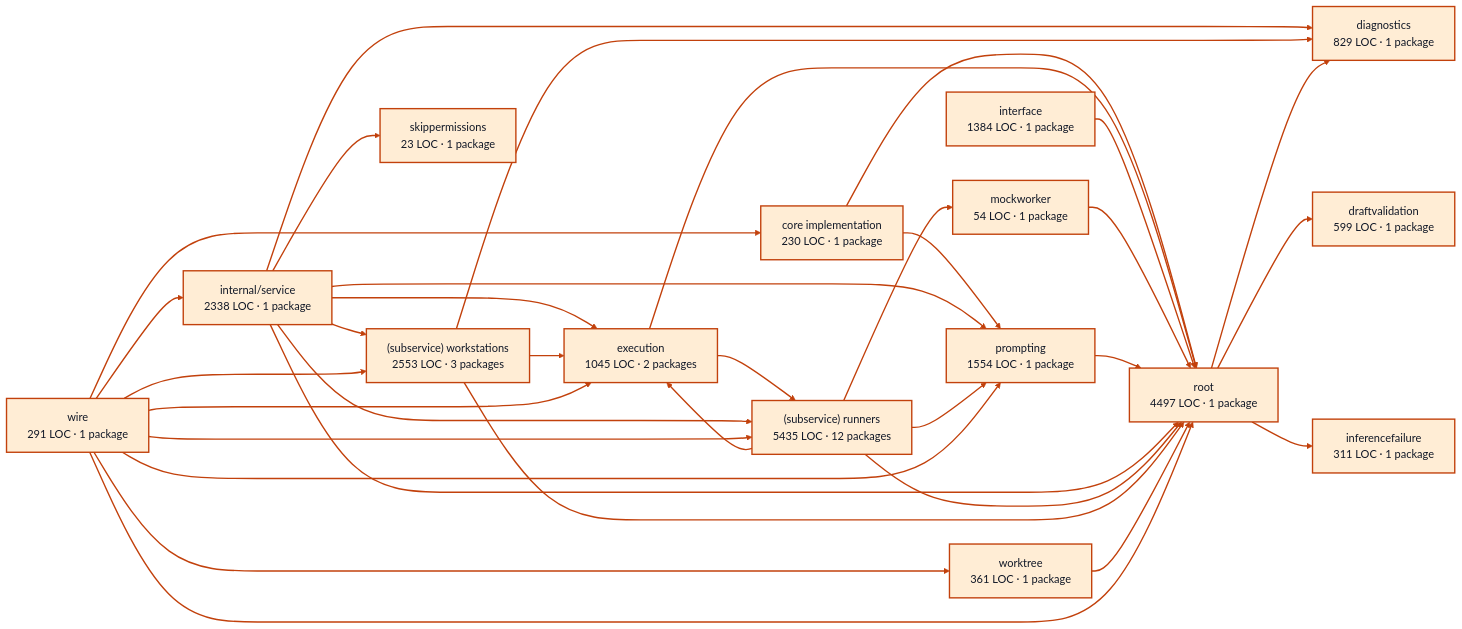
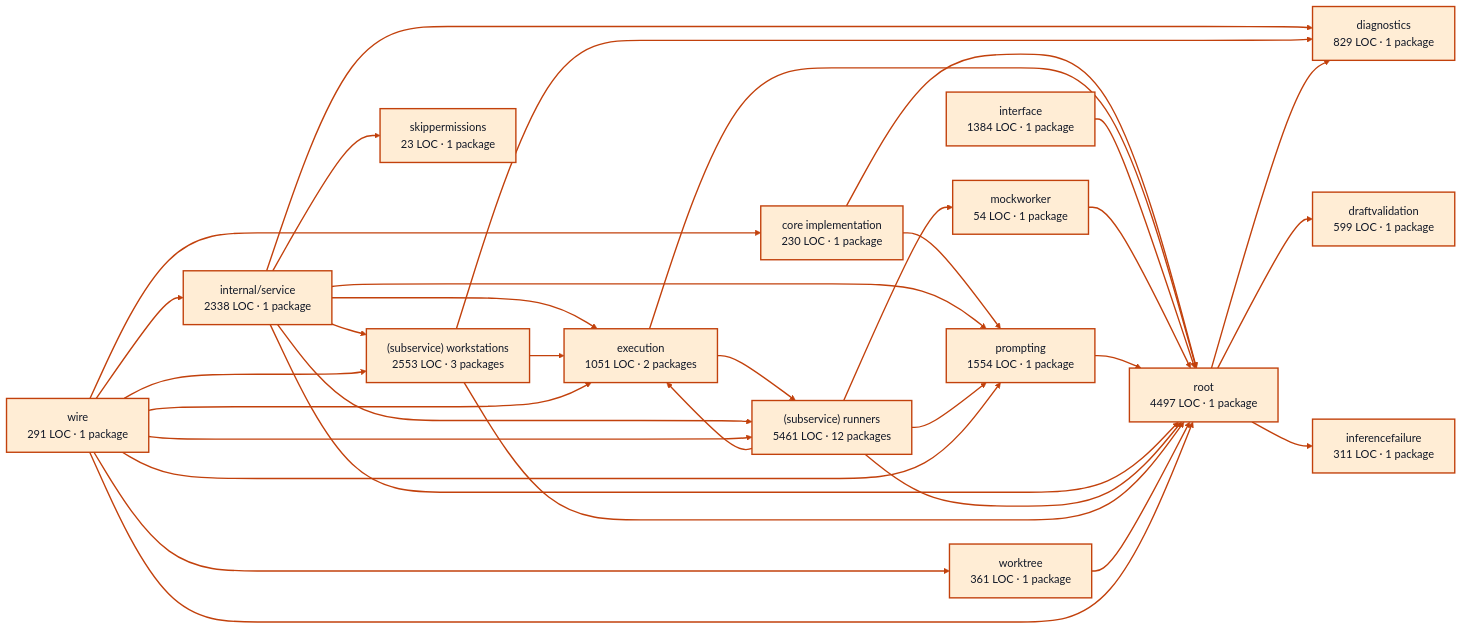
The diagram in docs/architecture/visualizations/services/workers.md (portpowered/you-agent-factory), drawn with Mermaid (forest theme) before and after one commit. The commit also changed other lines of this file and 20 other files, not shown here.

Commit message:
docs: refresh backend architecture visualizations

````diff
--- a/docs/architecture/visualizations/services/workers.md
+++ b/docs/architecture/visualizations/services/workers.md
@@ -11,67 +11,67 @@
 ```mermaid
 flowchart LR
   p0["core implementation<br/>230 LOC · 1 package"]
   p1["diagnostics<br/>829 LOC · 1 package"]
   p2["draftvalidation<br/>599 LOC · 1 package"]
-  p3["execution<br/>1045 LOC · 2 packages"]
+  p3["execution<br/>1051 LOC · 2 packages"]
   p4["inferencefailure<br/>311 LOC · 1 package"]
   p5["interface<br/>1384 LOC · 1 package"]
   p6["mockworker<br/>54 LOC · 1 package"]
   p7["prompting<br/>1554 LOC · 1 package"]
   p8["internal/service<br/>2338 LOC · 1 package"]
-  p9["(subservice) runners<br/>5435 LOC · 12 packages"]
+  p9["(subservice) runners<br/>5461 LOC · 12 packages"]
   p10["(subservice) workstations<br/>2553 LOC · 3 packages"]
   p11["skippermissions<br/>23 LOC · 1 package"]
   p12["worktree<br/>361 LOC · 1 package"]
   p13["root<br/>4497 LOC · 1 package"]
   p14["wire<br/>291 LOC · 1 package"]
   p0 --> p7
   p0 --> p13
   p3 --> p9
   p3 --> p13
   p5 --> p13
   p6 --> p13
   p7 --> p13
   p8 --> p1
   p8 --> p3
   p8 --> p7
   p8 --> p9
   p8 --> p10
   p8 --> p11
   p8 --> p13
   p9 --> p3
   p9 --> p6
   p9 --> p7
   p9 --> p13
   p10 --> p1
   p10 --> p3
   p10 --> p13
   p12 --> p13
   p13 --> p1
   p13 --> p2
   p13 --> p4
   p14 --> p0
   p14 --> p3
   p14 --> p7
   p14 --> p8
   p14 --> p9
   p14 --> p10
   p14 --> p12
   p14 --> p13
   style p0 fill:#ffedd5,stroke:#c2410c,stroke-width:2px,color:#111827
   style p1 fill:#ffedd5,stroke:#c2410c,stroke-width:2px,color:#111827
   style p2 fill:#ffedd5,stroke:#c2410c,stroke-width:2px,color:#111827
   style p3 fill:#ffedd5,stroke:#c2410c,stroke-width:2px,color:#111827
   style p4 fill:#ffedd5,stroke:#c2410c,stroke-width:2px,color:#111827
   style p5 fill:#ffedd5,stroke:#c2410c,stroke-width:2px,color:#111827
   style p6 fill:#ffedd5,stroke:#c2410c,stroke-width:2px,color:#111827
   style p7 fill:#ffedd5,stroke:#c2410c,stroke-width:2px,color:#111827
   style p8 fill:#ffedd5,stroke:#c2410c,stroke-width:2px,color:#111827
   style p9 fill:#ffedd5,stroke:#c2410c,stroke-width:2px,color:#111827
   style p10 fill:#ffedd5,stroke:#c2410c,stroke-width:2px,color:#111827
   style p11 fill:#ffedd5,stroke:#c2410c,stroke-width:2px,color:#111827
   style p12 fill:#ffedd5,stroke:#c2410c,stroke-width:2px,color:#111827
   style p13 fill:#ffedd5,stroke:#c2410c,stroke-width:2px,color:#111827
   style p14 fill:#ffedd5,stroke:#c2410c,stroke-width:2px,color:#111827
   linkStyle default stroke:#c2410c,stroke-width:2px
 ```
````
